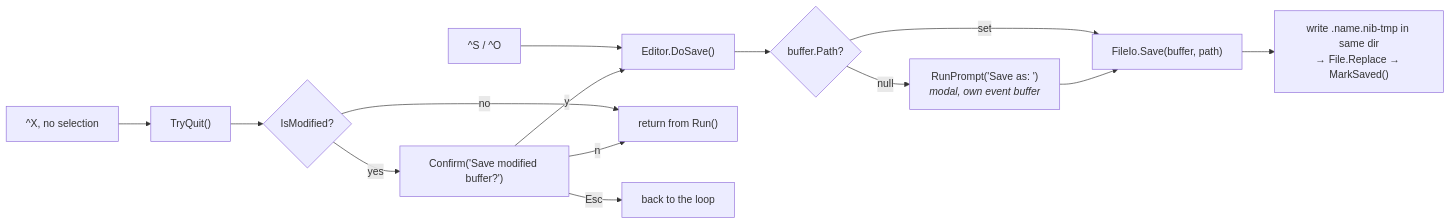
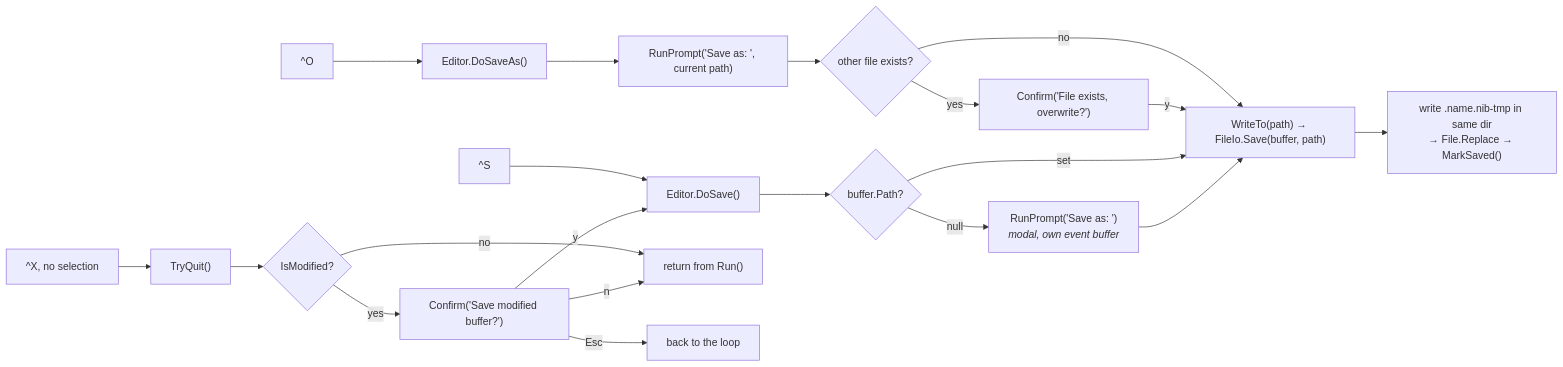
The seventh of 7 diagrams in docs/ARCHITECTURE.md (jchimp/nib), drawn with Mermaid before and after one commit.

Commit message:
Split Ctrl+O from Ctrl+S in the save flow diagram.

````diff
--- a/docs/ARCHITECTURE.md
+++ b/docs/ARCHITECTURE.md
@@ -500,16 +500,22 @@
 ```mermaid
 flowchart LR
-    Key["^S / ^O"] --> DoSave["Editor.DoSave()"]
+    Key["^S"] --> DoSave["Editor.DoSave()"]
+    KeyO["^O"] --> DoSaveAs["Editor.DoSaveAs()"]
+    DoSaveAs --> PromptAs["RunPrompt('Save as: ', current path)"]
+    PromptAs --> Exists{"other file exists?"}
+    Exists -->|"yes"| Overwrite["Confirm('File exists, overwrite?')"]
+    Exists -->|"no"| Write
+    Overwrite -->|"y"| Write
     Quit["^X, no selection"] --> TryQuit["TryQuit()"]
     TryQuit --> Mod{"IsModified?"}
     Mod -->|"no"| Exit["return from Run()"]
     Mod -->|"yes"| Confirm["Confirm('Save modified buffer?')"]
     Confirm -->|"y"| DoSave
     Confirm -->|"n"| Exit
     Confirm -->|"Esc"| Back["back to the loop"]
     DoSave --> HasPath{"buffer.Path?"}
     HasPath -->|"null"| Prompt["RunPrompt('Save as: ')<br/><i>modal, own event buffer</i>"]
     HasPath -->|"set"| Write
-    Prompt --> Write["FileIo.Save(buffer, path)"]
+    Prompt --> Write["WriteTo(path) → FileIo.Save(buffer, path)"]
     Write --> Atomic["write .name.nib-tmp in same dir<br/>→ File.Replace → MarkSaved()"]
 ```
````
